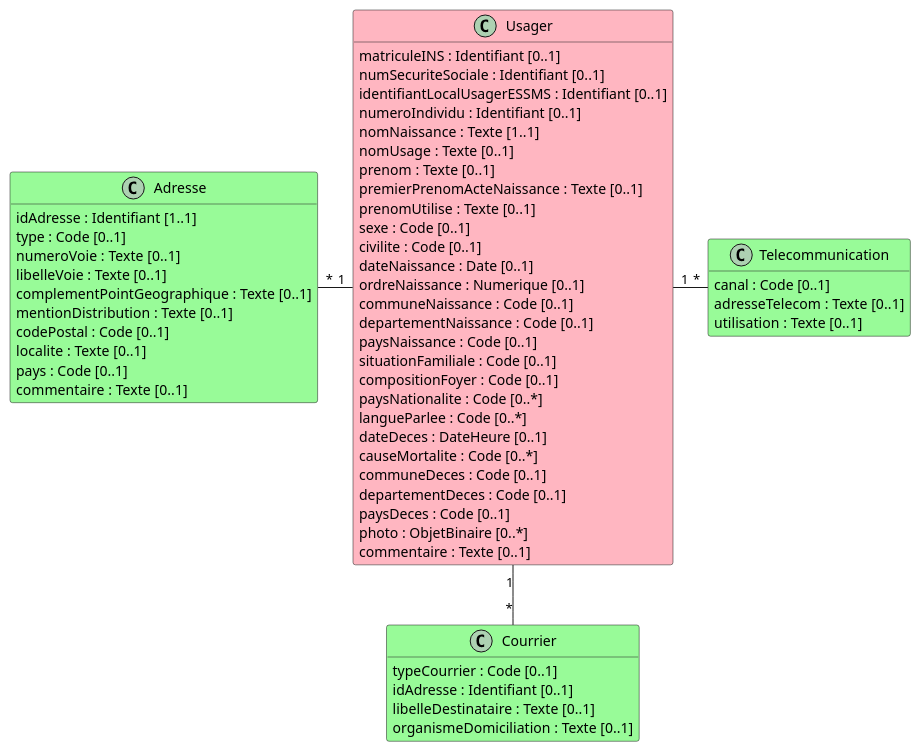
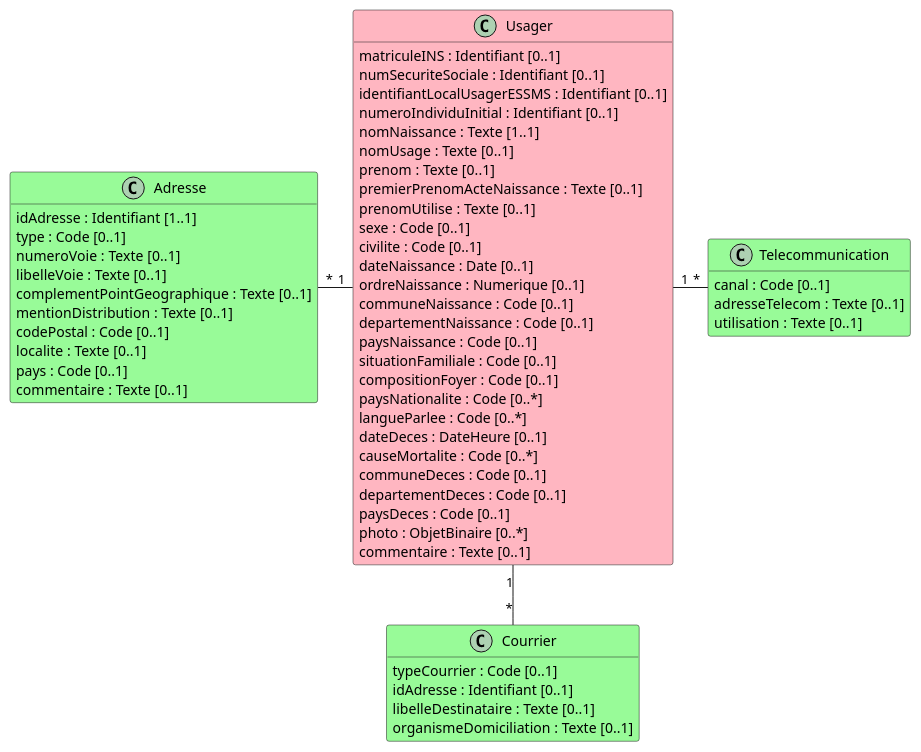
Before and after one commit to ansforge/IG-fhir-medicosocial-transfert-donnees-dui: the diagram in input/images-source/bloc_identification_coordonnees.plantuml, drawn with PlantUML. The commit also changed 1 other file, not shown here.

```diff
--- a/input/images-source/bloc_identification_coordonnees.plantuml
+++ b/input/images-source/bloc_identification_coordonnees.plantuml
@@ -1,65 +1,65 @@
 @startuml
 
 hide empty methods
 
 class Usager #LightPink {
     matriculeINS : Identifiant [0..1]
     numSecuriteSociale : Identifiant [0..1]
     identifiantLocalUsagerESSMS : Identifiant [0..1]
-    numeroIndividu : Identifiant [0..1]
+    numeroIndividuInitial : Identifiant [0..1]
     nomNaissance : Texte [1..1]
     nomUsage : Texte [0..1]
     prenom : Texte [0..1]
     premierPrenomActeNaissance : Texte [0..1]
     prenomUtilise : Texte [0..1]
     sexe : Code [0..1]
     civilite : Code [0..1]
     dateNaissance : Date [0..1]
     ordreNaissance : Numerique [0..1]
     communeNaissance : Code [0..1]
     departementNaissance : Code [0..1]
     paysNaissance : Code [0..1]
     situationFamiliale : Code [0..1]
     compositionFoyer : Code [0..1]
     paysNationalite : Code [0..*]
     langueParlee : Code [0..*]
     dateDeces : DateHeure [0..1]
     causeMortalite : Code [0..*]
     communeDeces : Code [0..1]
     departementDeces : Code [0..1]
     paysDeces : Code [0..1]
     photo : ObjetBinaire [0..*]
     commentaire : Texte [0..1]
 }
 
 class Adresse #PaleGreen {
     idAdresse : Identifiant [1..1]
     type : Code [0..1]
     numeroVoie : Texte [0..1]
     libelleVoie : Texte [0..1]
     complementPointGeographique : Texte [0..1]
     mentionDistribution : Texte [0..1]
     codePostal : Code [0..1]
     localite : Texte [0..1]
     pays : Code [0..1]
     commentaire : Texte [0..1]
 }
 
 class Telecommunication #PaleGreen {
     canal : Code [0..1]
     adresseTelecom : Texte [0..1]
     utilisation : Texte [0..1]
 }
 
 class Courrier #PaleGreen {
     typeCourrier : Code [0..1]
     idAdresse : Identifiant [0..1]
     libelleDestinataire : Texte [0..1]
     organismeDomiciliation : Texte [0..1]
 }
 
 Adresse "*" - "1" Usager
 Usager "1" - "*" Telecommunication
 Usager "1" -- "*" Courrier
 
 @enduml
```
